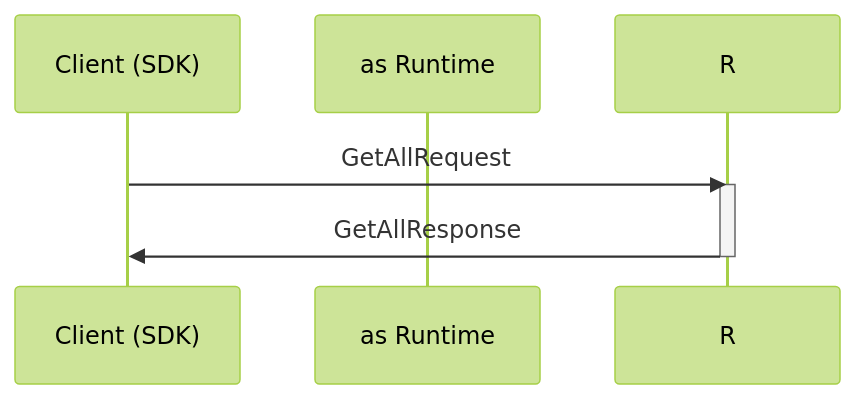
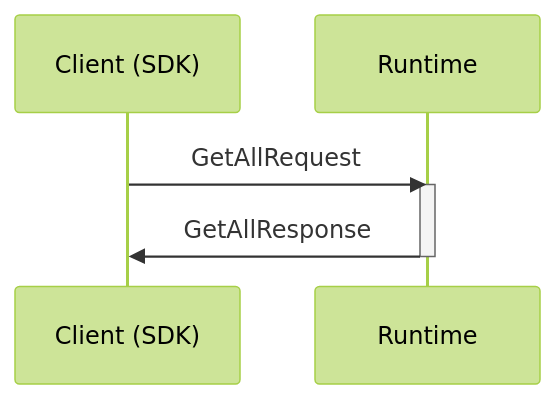
One commit to dolittle/Runtime changed the sixth of 7 diagrams in Documentation/References/Services/Private/projections.md. Above: the diagram before and after it, drawn with Mermaid (forest theme). The commit also changed other lines of this file, not shown here.

````diff
--- a/Documentation/References/Services/Private/projections.md
+++ b/Documentation/References/Services/Private/projections.md
@@ -135,9 +158,9 @@
 ```mermaid
 sequenceDiagram
     participant C as Client (SDK)
-    participant as Runtime
+    participant R as Runtime
     C->>R: GetAllRequest
     activate R
     R->>C: GetAllResponse
     deactivate R
 ```
````
